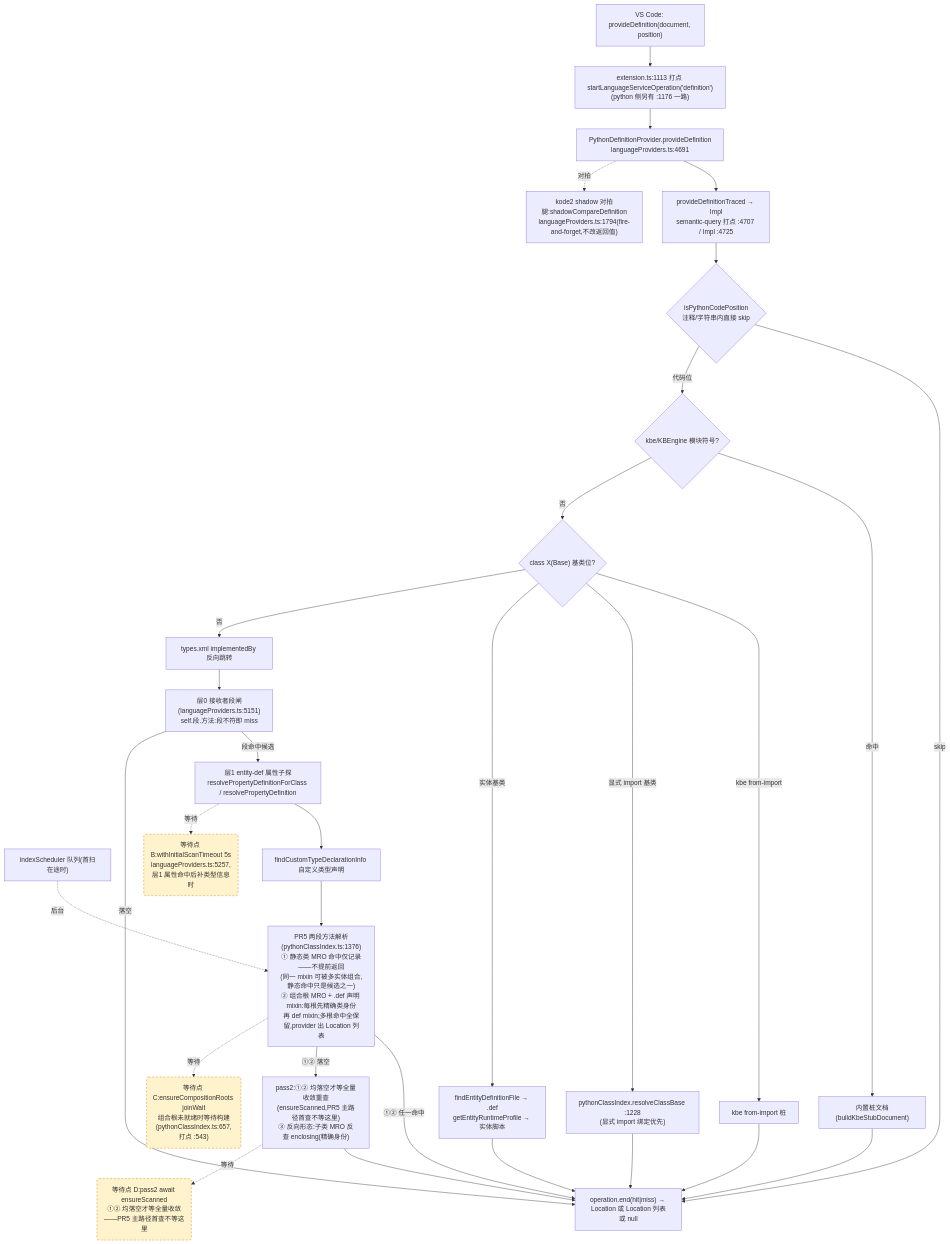
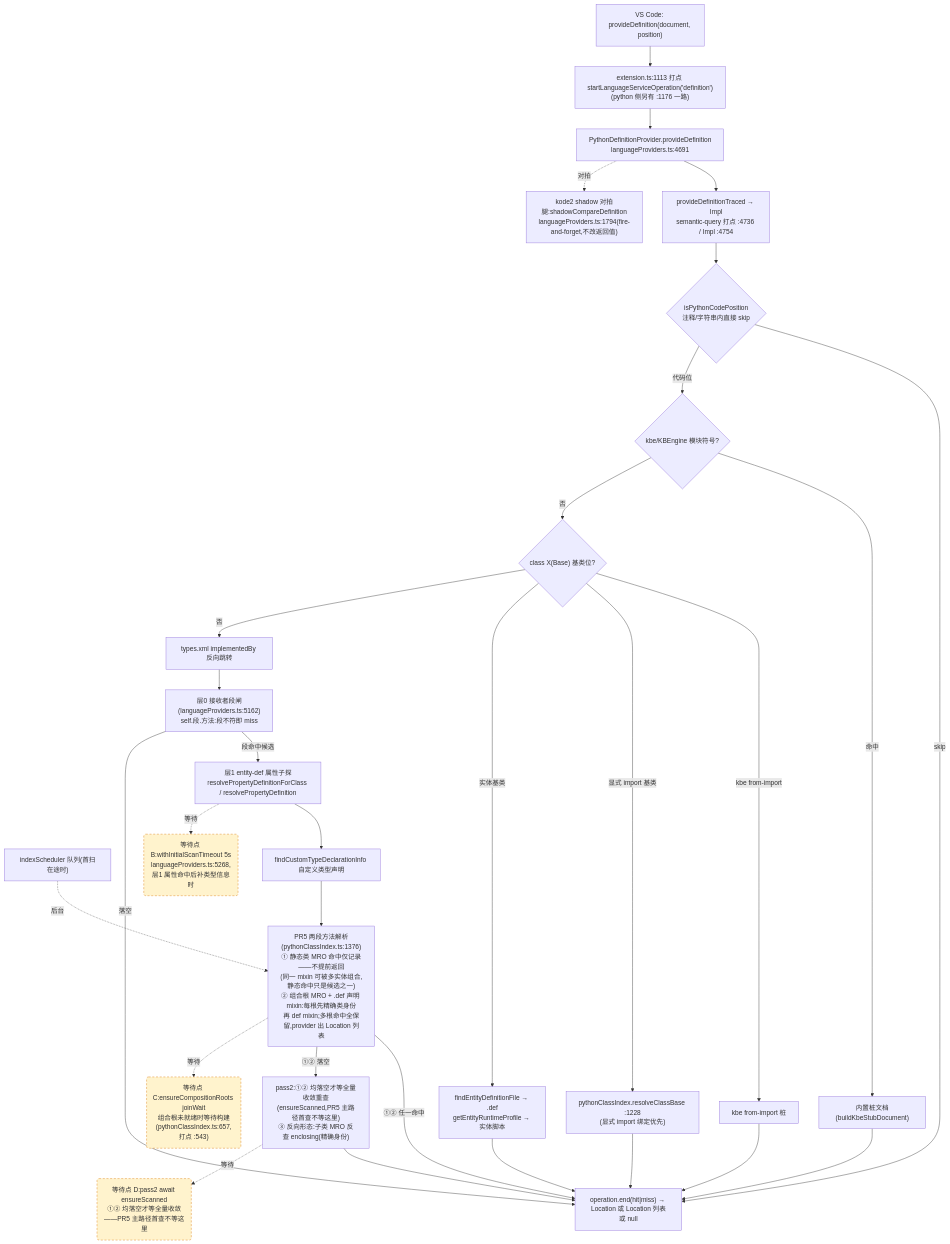
One commit to cuihairu/kode changed the second of 4 diagrams in docs/perf/2026-baseline.md. Above: the diagram before and after it, drawn with Mermaid. The commit also changed other lines of this file and 2 other files, not shown here.

Commit message:
docs(hover): persistent field capacity notes feature entries and anchor lockstep (IDE-DB-001)

````diff
--- a/docs/perf/2026-baseline.md
+++ b/docs/perf/2026-baseline.md
@@ -130,51 +130,51 @@
 ```mermaid
 flowchart TD
   VC2["VS Code: provideDefinition(document, position)"]
   M2["extension.ts:1113 打点 startLanguageServiceOperation('definition')<br/>(python 侧另有 :1176 一路)"]
   AD2["PythonDefinitionProvider.provideDefinition<br/>languageProviders.ts:4691"]
-  TR["provideDefinitionTraced → Impl<br/>semantic-query 打点 :4707 / Impl :4725"]
+  TR["provideDefinitionTraced → Impl<br/>semantic-query 打点 :4736 / Impl :4754"]
   CTX{"isPythonCodePosition<br/>注释/字符串内直接 skip"}
   KBE{"kbe/KBEngine 模块符号?"}
   STUB["内置桩文档(buildKbeStubDocument)"]
   CB{"class X(Base) 基类位?"}
   CB1["kbe from-import 桩"]
   CB2["pythonClassIndex.resolveClassBase :1228<br/>(显式 import 绑定优先)"]
   CB3["findEntityDefinitionFile → .def<br/>getEntityRuntimeProfile → 实体脚本"]
   REV["types.xml implementedBy 反向跳转"]
-  L0["层0 接收者段闸(languageProviders.ts:5151)<br/>self.段.方法:段不符即 miss"]
+  L0["层0 接收者段闸(languageProviders.ts:5162)<br/>self.段.方法:段不符即 miss"]
   L1["层1 entity-def 属性子探<br/>resolvePropertyDefinitionForClass / resolvePropertyDefinition"]
   SCAN["indexScheduler 队列(首扫在途时)"]
   TY["findCustomTypeDeclarationInfo 自定义类型声明"]
   MRO["PR5 两段方法解析(pythonClassIndex.ts:1376)<br/>① 静态类 MRO 命中仅记录——不提前返回<br/>(同一 mixin 可被多实体组合,静态命中只是候选之一)<br/>② 组合根 MRO + .def 声明 mixin:每根先精确类身份<br/>再 def mixin;多根命中全保留,provider 出 Location 列表"]
   PASS2["pass2:①② 均落空才等全量收敛重查<br/>(ensureScanned,PR5 主路径首查不等这里)<br/>③ 反向形态:子类 MRO 反查 enclosing(精确身份)"]
   SHD["kode2 shadow 对拍腿:shadowCompareDefinition<br/>languageProviders.ts:1794(fire-and-forget,不改返回值)"]
   END2["operation.end(hit|miss) → Location 或 Location 列表或 null"]
 
   VC2 --> M2 --> AD2 --> TR --> CTX
   CTX -- "skip" --> END2
   CTX -- "代码位" --> KBE
   KBE -- "命中" --> STUB --> END2
   KBE -- "否" --> CB
   CB -- "kbe from-import" --> CB1 --> END2
   CB -- "显式 import 基类" --> CB2 --> END2
   CB -- "实体基类" --> CB3 --> END2
   CB -- "否" --> REV --> L0
   L0 -- "段命中候选" --> L1
   L0 -- "落空" --> END2
   L1 --> TY
   TY --> MRO
   MRO -- "①② 任一命中" --> END2
   MRO -- "①② 落空" --> PASS2 --> END2
   AD2 -.->|对拍| SHD
 
-  WAITB("等待点 B:withInitialScanTimeout 5s<br/>languageProviders.ts:5257,层1 属性命中后补类型信息时")
+  WAITB("等待点 B:withInitialScanTimeout 5s<br/>languageProviders.ts:5268,层1 属性命中后补类型信息时")
   WAITC("等待点 C:ensureCompositionRoots joinWait<br/>组合根未就绪时等待构建(pythonClassIndex.ts:657,打点 :543)")
   WAITD("等待点 D:pass2 await ensureScanned<br/>①② 均落空才等全量收敛——PR5 主路径首查不等这里")
   L1 -.->|等待| WAITB
   MRO -.->|等待| WAITC
   PASS2 -.->|等待| WAITD
   SCAN -.->|后台| MRO
 
   classDef waitPoint fill:#fff3cd,stroke:#d97706,stroke-dasharray:5 4;
   class WAITB,WAITC,WAITD waitPoint;
 ```
````
